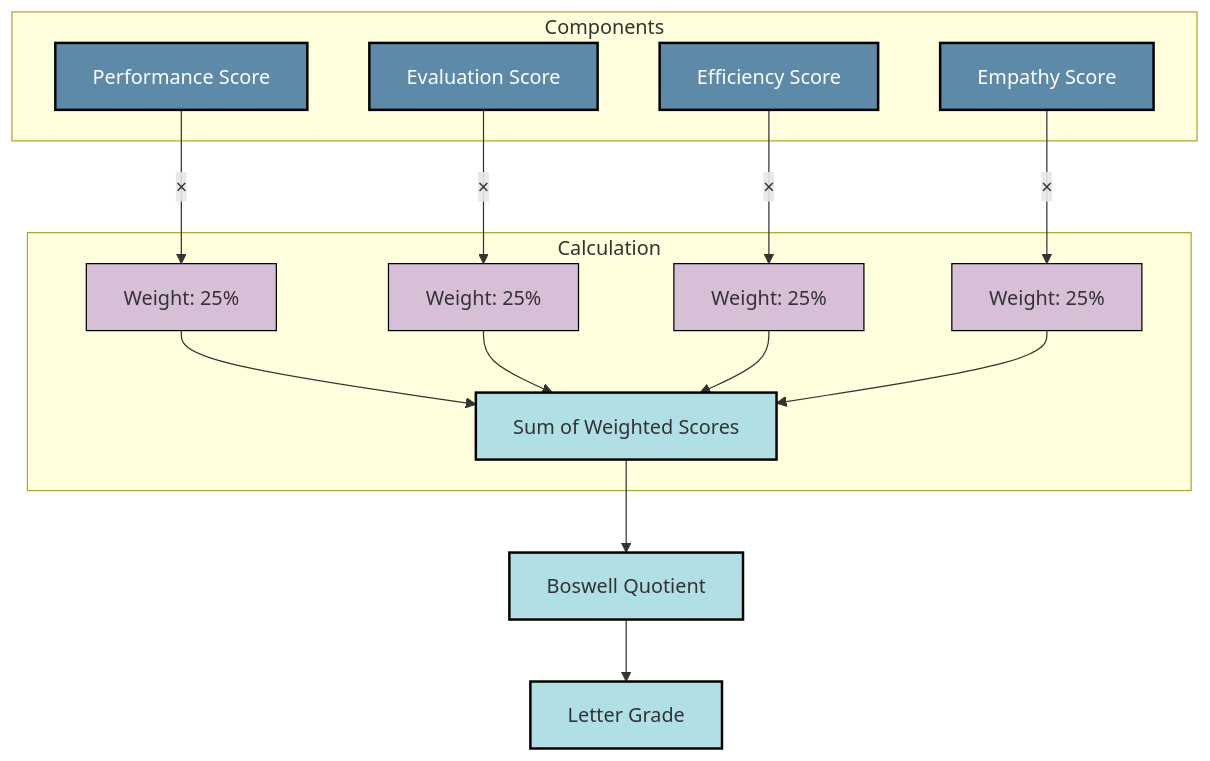
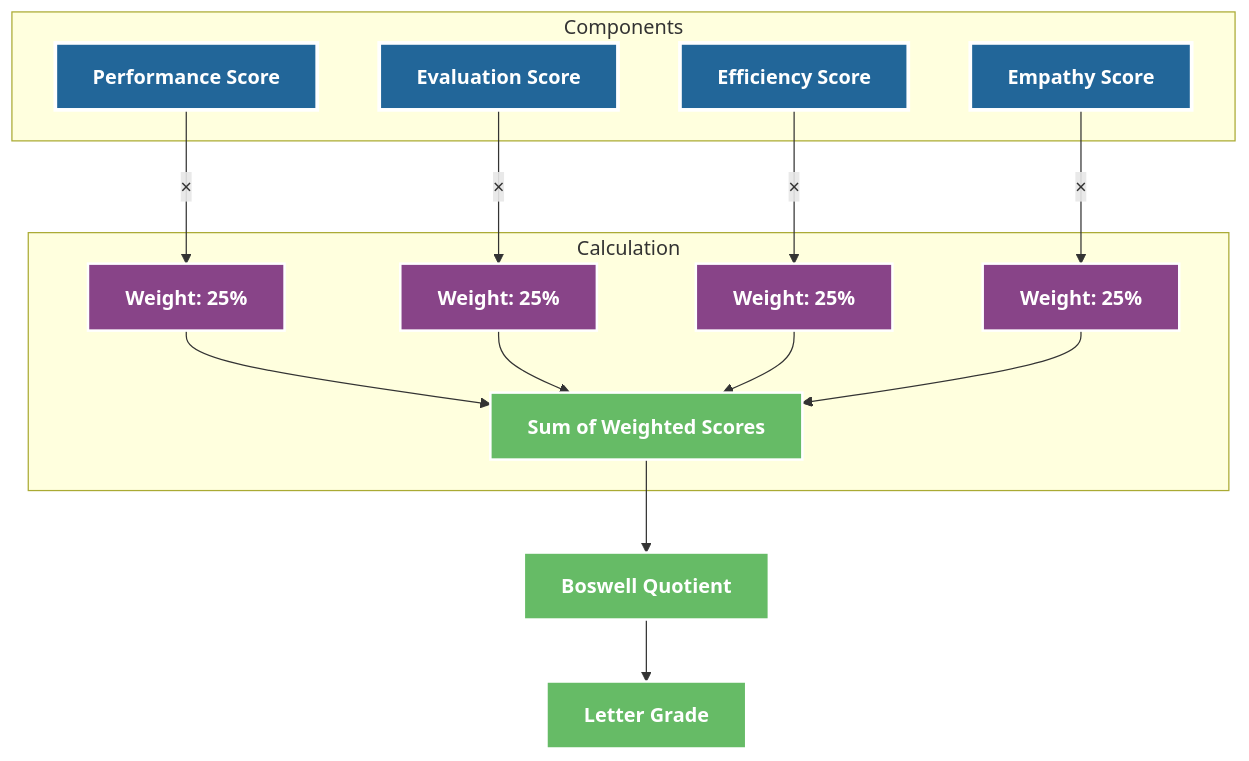
Before and after one commit to referential-ai/boswell-test: the third of 3 diagrams in docs/technical/model_interaction.md, drawn with Mermaid. The commit also changed other lines of this file, not shown here.

````diff
--- a/docs/technical/model_interaction.md
+++ b/docs/technical/model_interaction.md
@@ -202,38 +202,38 @@
 ```mermaid
 flowchart TD
     subgraph Components
         P[Performance Score]
         E[Evaluation Score]
         Ef[Efficiency Score]
         Em[Empathy Score]
     end
     
     subgraph Calculation
         W1[Weight: 25%]
         W2[Weight: 25%]
         W3[Weight: 25%]
         W4[Weight: 25%]
         
         P --> |×| W1
         E --> |×| W2
         Ef --> |×| W3
         Em --> |×| W4
         
         W1 --> Sum
         W2 --> Sum
         W3 --> Sum
         W4 --> Sum
         Sum[Sum of Weighted Scores]
     end
     
     Sum --> BQ[Boswell Quotient]
     BQ --> Grade[Letter Grade]
     
-    classDef componentNode fill:#5d8aa8,stroke:#000,stroke-width:2px,color:#fff
-    classDef weightNode fill:#d8bfd8,stroke:#000,stroke-width:1px
-    classDef resultNode fill:#b0e0e6,stroke:#000,stroke-width:2px
+    classDef componentNode fill:#226699,stroke:#fff,stroke-width:3px,color:#fff,font-weight:bold
+    classDef weightNode fill:#884488,stroke:#fff,stroke-width:2px,color:#fff,font-weight:bold
+    classDef resultNode fill:#66BB66,stroke:#fff,stroke-width:2px,color:#fff,font-weight:bold
     
     class P,E,Ef,Em componentNode
     class W1,W2,W3,W4 weightNode
     class Sum,BQ,Grade resultNode
 ```
````
